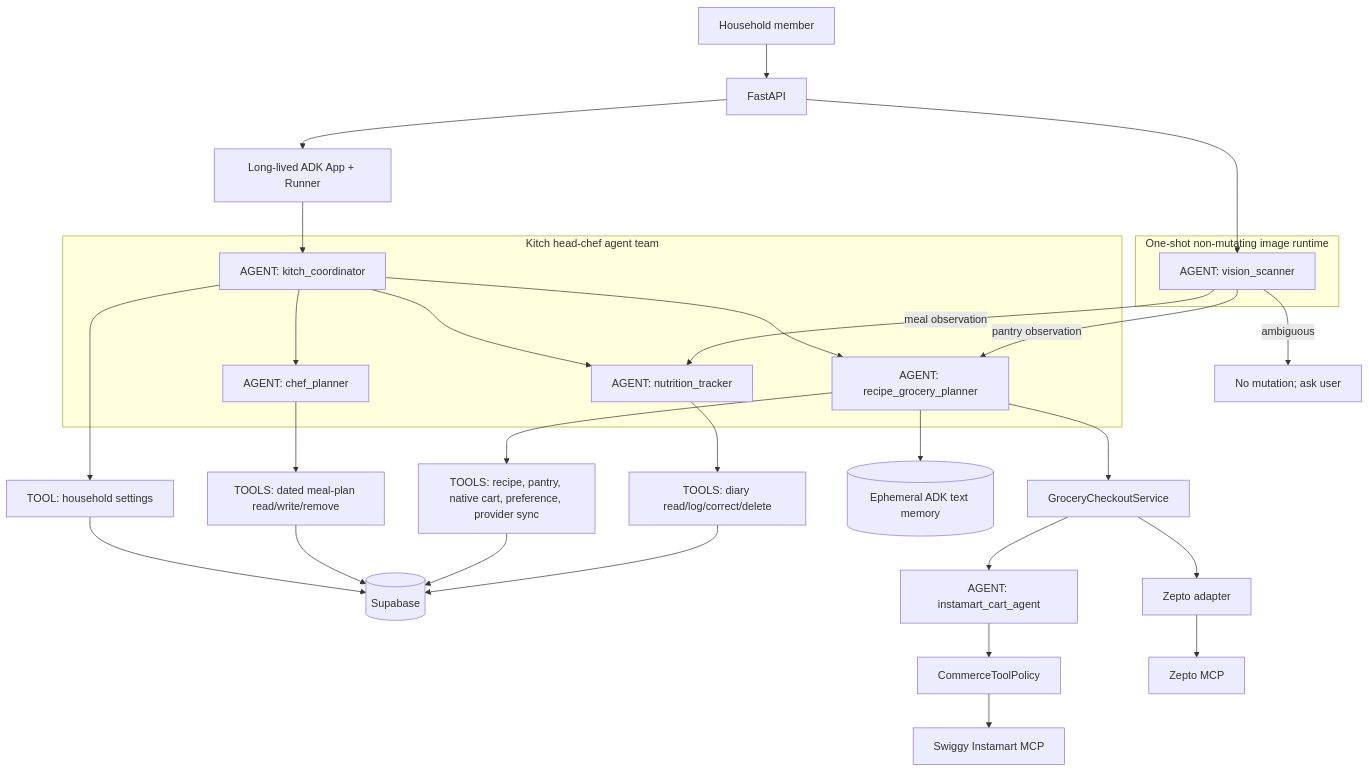
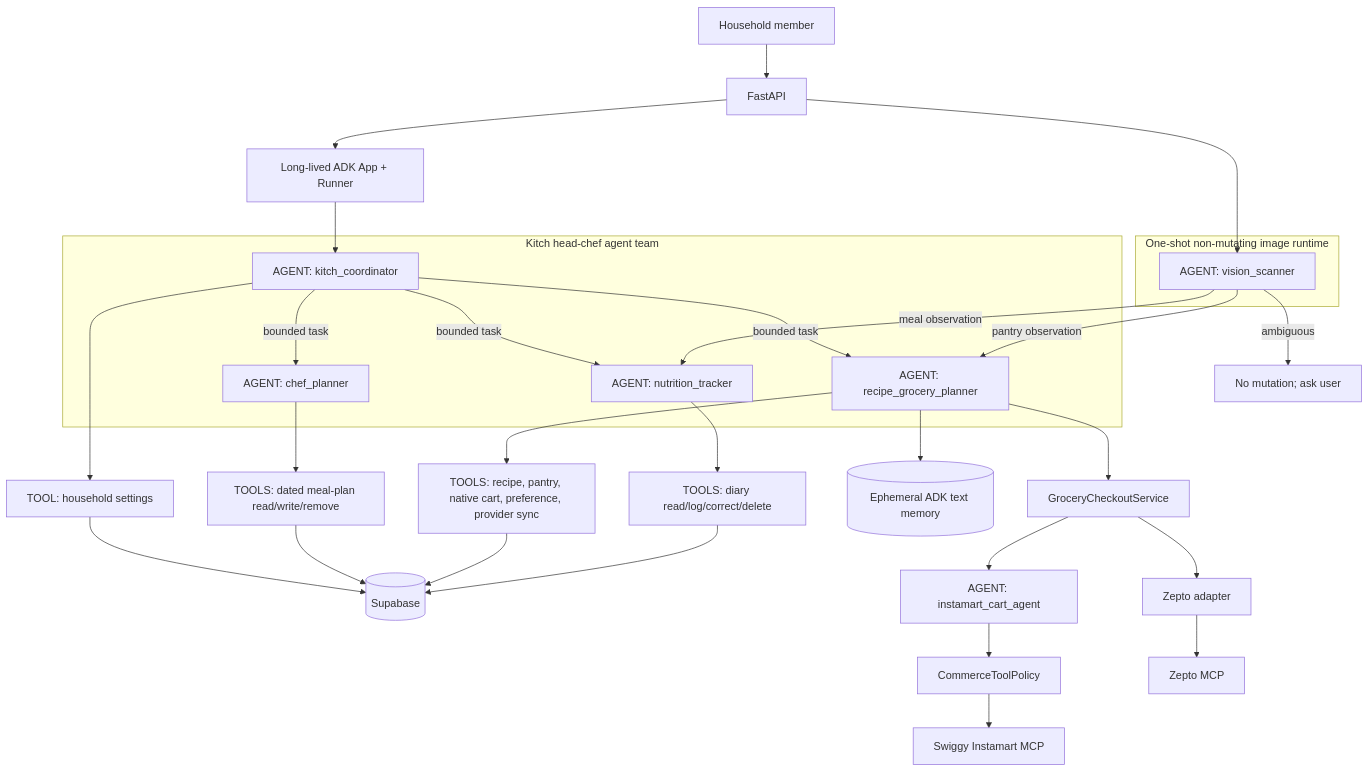
The diagram in docs/ai_agent_architecture.md (architworks/meal_and_grocery_agent), drawn with Mermaid before and after one commit. The commit also changed other lines of this file and 10 other files, not shown here.

````diff
--- a/docs/ai_agent_architecture.md
+++ b/docs/ai_agent_architecture.md
@@ -7,37 +7,37 @@
 ```mermaid
 flowchart TB
     User[Household member] --> API[FastAPI]
     API --> MainRunner[Long-lived ADK App + Runner]
     subgraph Team[Kitch head-chef agent team]
         Coordinator[AGENT: kitch_coordinator]
         Chef[AGENT: chef_planner]
         Recipe[AGENT: recipe_grocery_planner]
         Nutrition[AGENT: nutrition_tracker]
-        Coordinator --> Chef
-        Coordinator --> Recipe
-        Coordinator --> Nutrition
+        Coordinator -->|bounded task| Chef
+        Coordinator -->|bounded task| Recipe
+        Coordinator -->|bounded task| Nutrition
     end
     MainRunner --> Coordinator
     Coordinator --> Settings[TOOL: household settings]
     Chef --> MealTools[TOOLS: dated meal-plan read/write/remove]
     Recipe --> KitchenTools[TOOLS: recipe, pantry, native cart, preference, provider sync]
     Nutrition --> NutritionTools[TOOLS: diary read/log/correct/delete]
     Settings --> Supabase[(Supabase)]
     MealTools --> Supabase
     KitchenTools --> Supabase
     NutritionTools --> Supabase
     Recipe --> Memory[(Ephemeral ADK text memory)]
     subgraph VisionRuntime[One-shot non-mutating image runtime]
         Vision[AGENT: vision_scanner]
     end
     API --> Vision
     Vision -->|meal observation| Nutrition
     Vision -->|pantry observation| Recipe
     Vision -->|ambiguous| Clarify[No mutation; ask user]
     Recipe --> Checkout[GroceryCheckoutService]
     Checkout --> InstamartAgent[AGENT: instamart_cart_agent]
     InstamartAgent --> Policy[CommerceToolPolicy]
     Policy --> InstamartMCP[Swiggy Instamart MCP]
     Checkout --> ZeptoAdapter[Zepto adapter]
     ZeptoAdapter --> ZeptoMCP[Zepto MCP]
 ```
````
